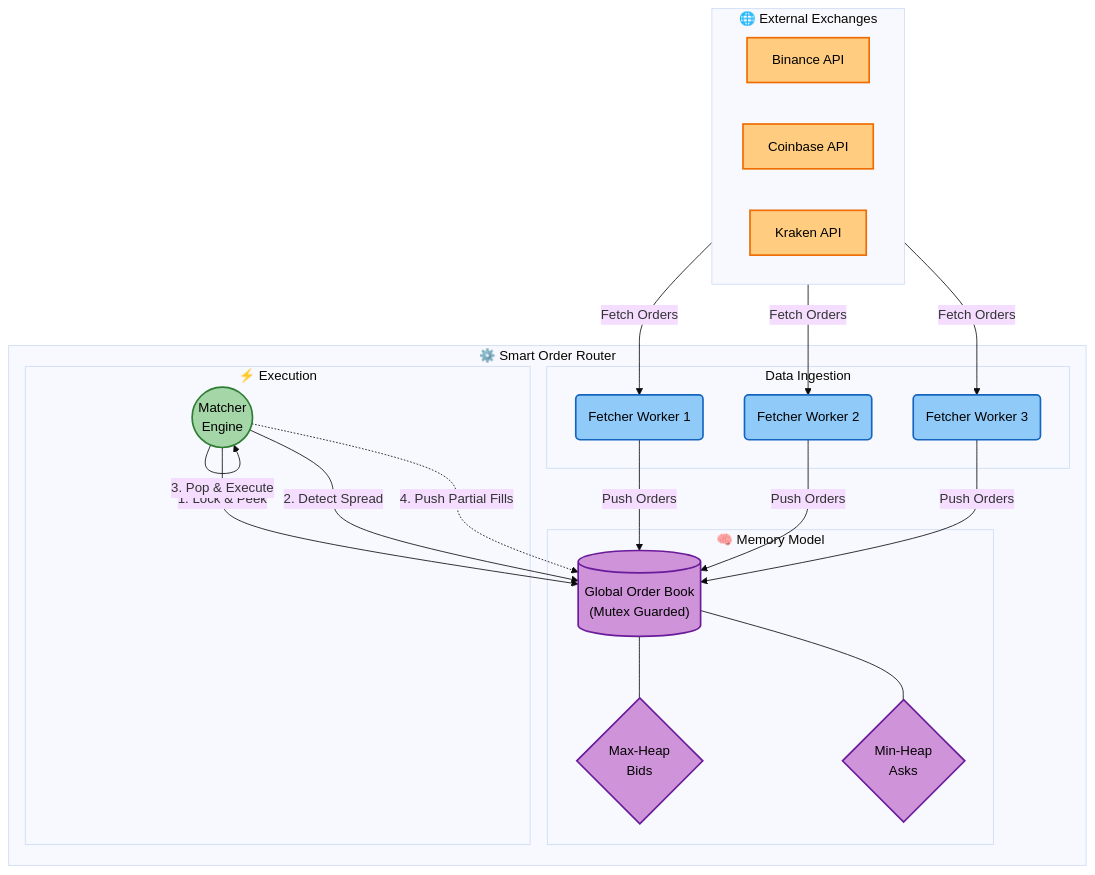
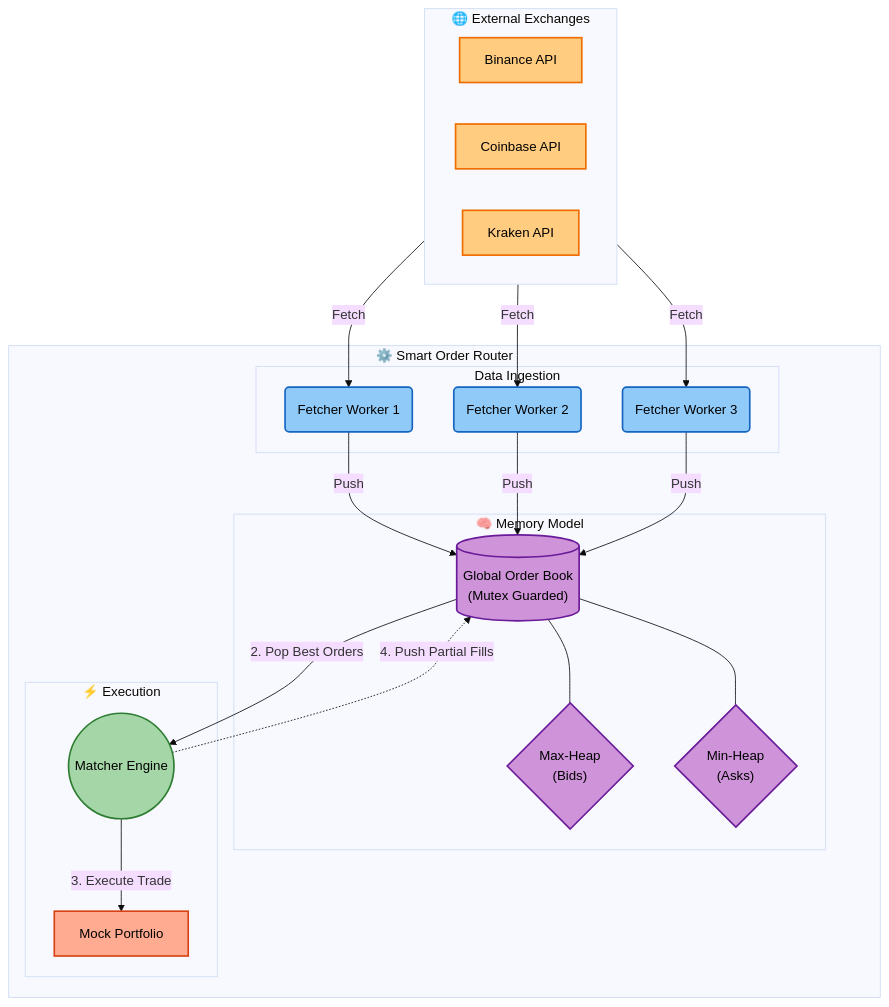
One commit to koralkulacoglu/smart-order-router changed the diagram in README.md. Above: the diagram before and after it, drawn with Mermaid (base theme). The commit also changed 3 other files, not shown here.

````diff
--- a/README.md
+++ b/README.md
@@ -11,51 +11,52 @@
 ```mermaid
 graph TD
     %% Styling - High Contrast
     classDef api fill:#ffcc80,stroke:#ef6c00,stroke-width:2px,color:#000;
     classDef internal fill:#90caf9,stroke:#1565c0,stroke-width:2px,color:#000;
     classDef storage fill:#ce93d8,stroke:#6a1b9a,stroke-width:2px,color:#000;
     classDef logic fill:#a5d6a7,stroke:#2e7d32,stroke-width:2px,color:#000;
+    classDef exec fill:#ffab91,stroke:#d84315,stroke-width:2px,color:#000;
 
     subgraph External [🌐 External Exchanges]
         direction LR
         Binance[Binance API]:::api
         Coinbase[Coinbase API]:::api
         Kraken[Kraken API]:::api
     end
 
     subgraph App [⚙️ Smart Order Router]
 
         subgraph Producers [Data Ingestion]
             F1(Fetcher Worker 1):::internal
             F2(Fetcher Worker 2):::internal
             F3(Fetcher Worker 3):::internal
         end
 
         subgraph Store [🧠 Memory Model]
             GOB[("Global Order Book<br/>(Mutex Guarded)")]:::storage
-            Bids{Max-Heap<br/>Bids}:::storage
-            Asks{Min-Heap<br/>Asks}:::storage
+            Bids{"Max-Heap<br/>(Bids)"}:::storage
+            Asks{"Min-Heap<br/>(Asks)"}:::storage
         end
 
         subgraph Consumer [⚡ Execution]
-            Matcher((Matcher<br/>Engine)):::logic
+            Matcher((Matcher Engine)):::logic
+            Portfolio[Mock Portfolio]:::exec
         end
     end
 
     %% Connections
-    Binance -->|Fetch Orders| F1
-    Coinbase -->|Fetch Orders| F2
-    Kraken -->|Fetch Orders| F3
+    Binance -->|Fetch| F1
+    Coinbase -->|Fetch| F2
+    Kraken -->|Fetch| F3
 
-    F1 -->|Push Orders| GOB
-    F2 -->|Push Orders| GOB
-    F3 -->|Push Orders| GOB
+    F1 -->|Push| GOB
+    F2 -->|Push| GOB
+    F3 -->|Push| GOB
 
     GOB --- Bids
     GOB --- Asks
+    GOB -->|2. Pop Best Orders| Matcher
 
-    Matcher -->|1. Lock & Peek| GOB
-    Matcher -->|2. Detect Spread| GOB
-    Matcher -->|3. Pop & Execute| Matcher
+    Matcher -->|3. Execute Trade| Portfolio
     Matcher -.->|4. Push Partial Fills| GOB
 ```
````
